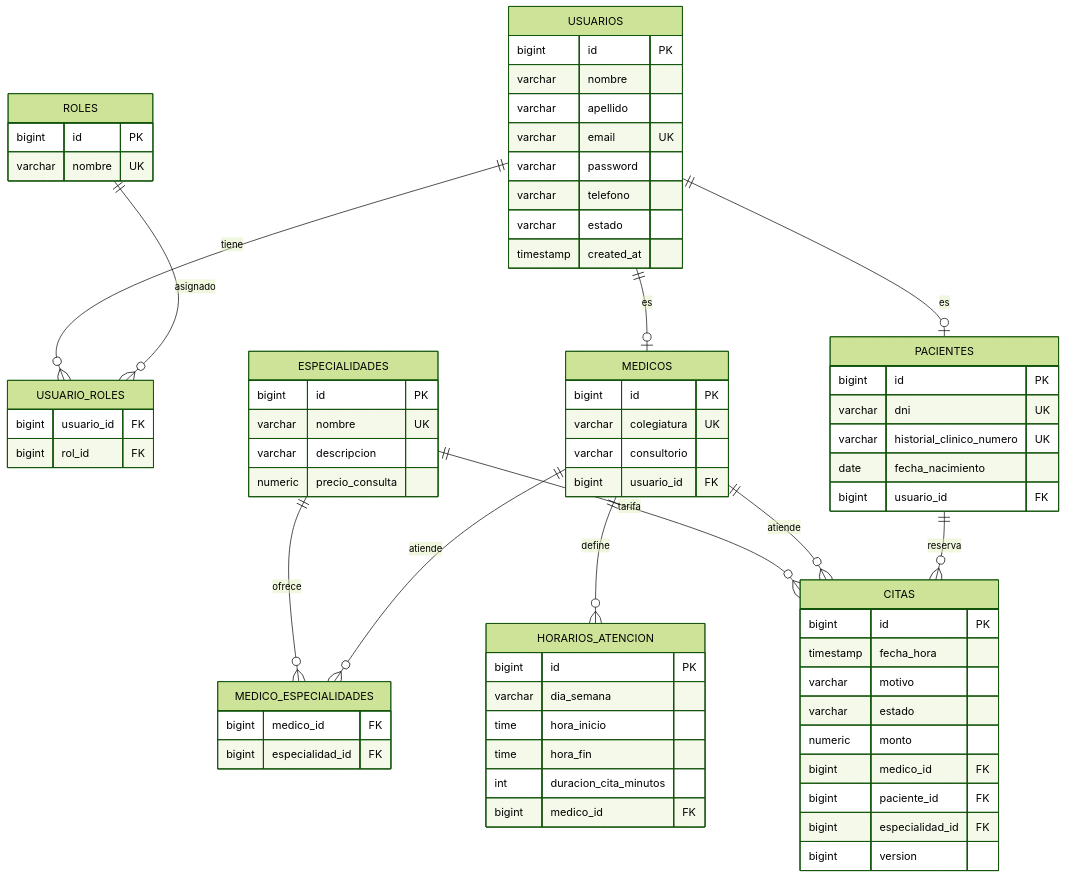
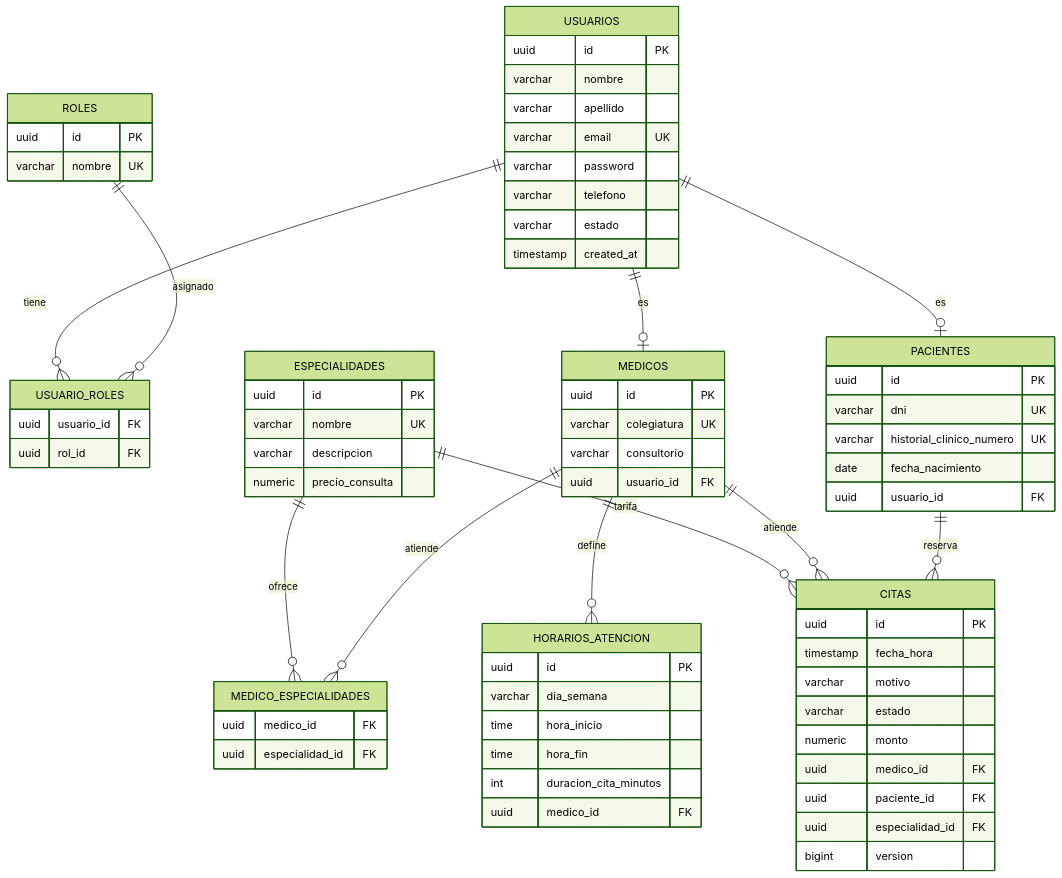
Before and after one commit to jhonsferg/tusalud: the second of 27 diagrams in README.md, drawn with Mermaid (forest theme). The commit also changed other lines of this file, not shown here.

Commit message:
docs: documenta los ids UUID y la anticipación del recordatorio en minutos

````diff
--- a/README.md
+++ b/README.md
@@ -424,74 +425,74 @@
 ```mermaid
 erDiagram
     USUARIOS ||--o{ USUARIO_ROLES : tiene
     ROLES ||--o{ USUARIO_ROLES : asignado
     USUARIOS ||--o| MEDICOS : es
     USUARIOS ||--o| PACIENTES : es
     ESPECIALIDADES ||--o{ MEDICO_ESPECIALIDADES : ofrece
     MEDICOS ||--o{ MEDICO_ESPECIALIDADES : atiende
     ESPECIALIDADES ||--o{ CITAS : tarifa
     MEDICOS ||--o{ HORARIOS_ATENCION : define
     MEDICOS ||--o{ CITAS : atiende
     PACIENTES ||--o{ CITAS : reserva
 
     USUARIOS {
-        bigint id PK
+        uuid id PK
         varchar nombre
         varchar apellido
         varchar email UK
         varchar password
         varchar telefono
         varchar estado
         timestamp created_at
     }
     ROLES {
-        bigint id PK
+        uuid id PK
         varchar nombre UK
     }
     USUARIO_ROLES {
-        bigint usuario_id FK
-        bigint rol_id FK
+        uuid usuario_id FK
+        uuid rol_id FK
     }
     ESPECIALIDADES {
-        bigint id PK
+        uuid id PK
         varchar nombre UK
         varchar descripcion
         numeric precio_consulta
     }
     MEDICO_ESPECIALIDADES {
-        bigint medico_id FK
-        bigint especialidad_id FK
+        uuid medico_id FK
+        uuid especialidad_id FK
     }
     MEDICOS {
-        bigint id PK
+        uuid id PK
         varchar colegiatura UK
         varchar consultorio
-        bigint usuario_id FK
+        uuid usuario_id FK
     }
     PACIENTES {
-        bigint id PK
+        uuid id PK
         varchar dni UK
         varchar historial_clinico_numero UK
         date fecha_nacimiento
-        bigint usuario_id FK
+        uuid usuario_id FK
     }
     HORARIOS_ATENCION {
-        bigint id PK
+        uuid id PK
         varchar dia_semana
         time hora_inicio
         time hora_fin
         int duracion_cita_minutos
-        bigint medico_id FK
+        uuid medico_id FK
     }
     CITAS {
-        bigint id PK
+        uuid id PK
         timestamp fecha_hora
         varchar motivo
         varchar estado
         numeric monto
-        bigint medico_id FK
-        bigint paciente_id FK
-        bigint especialidad_id FK
+        uuid medico_id FK
+        uuid paciente_id FK
+        uuid especialidad_id FK
         bigint version
     }
 ```
````
